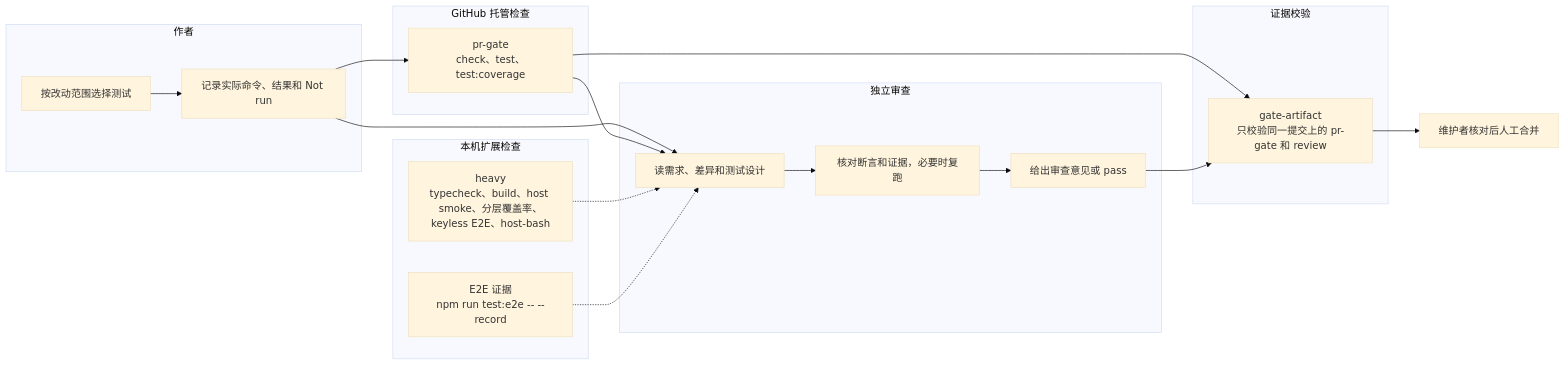
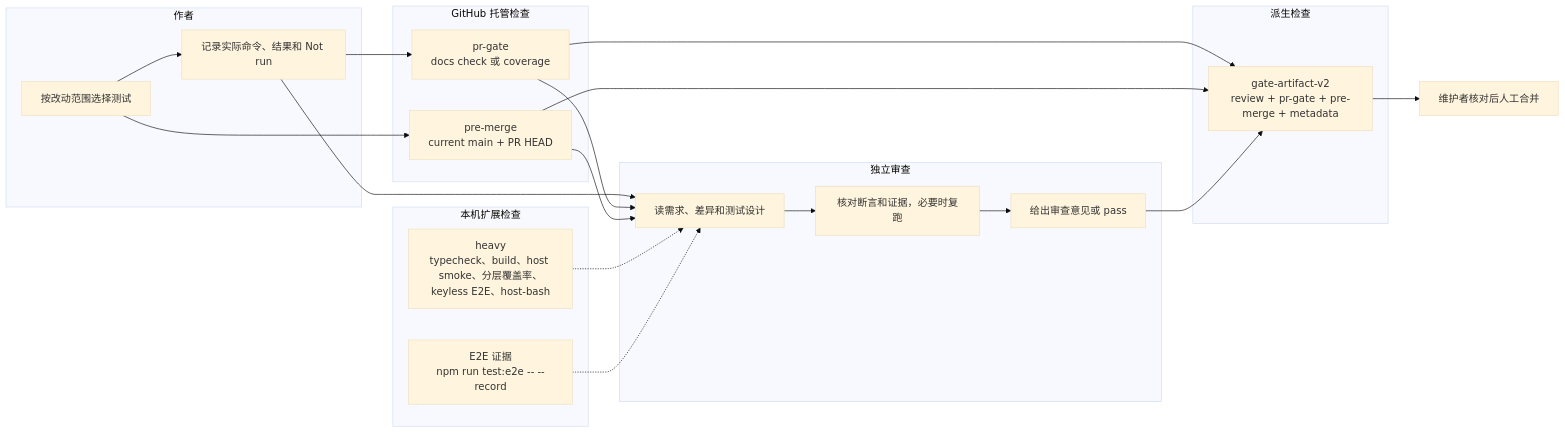
The third of 4 diagrams in docs/github-workflow.md (leigangzhang/dsh-cowork), drawn with Mermaid (base theme) before and after one commit. The commit also changed other lines of this file and 24 other files, not shown here.

First line of the commit message:
ci(policy): add pre-merge and derived gate

````diff
--- a/docs/github-workflow.md
+++ b/docs/github-workflow.md
@@ -130,31 +142,35 @@
 ```mermaid
 flowchart LR
   subgraph AUTH[作者]
     A["按改动范围选择测试"]
     B["记录实际命令、结果和 Not run"]
   end
   subgraph HOST[GitHub 托管检查]
-    C["pr-gate<br/>check、test、test:coverage"]
+    C["pr-gate<br/>docs check 或 coverage"]
+    PM["pre-merge<br/>current main + PR HEAD"]
   end
   subgraph REVIEW[独立审查]
     D["读需求、差异和测试设计"]
     E["核对断言和证据，必要时复跑"]
     F["给出审查意见或 pass"]
   end
   subgraph LOCAL[本机扩展检查]
     G["heavy<br/>typecheck、build、host smoke、分层覆盖率、keyless E2E、host-bash"]
     L["E2E 证据<br/>npm run test:e2e -- --record"]
   end
-  subgraph GATE[证据校验]
-    H["gate-artifact<br/>只校验同一提交上的 pr-gate 和 review"]
+  subgraph GATE[派生检查]
+    H["gate-artifact-v2<br/>review + pr-gate + pre-merge + metadata"]
   end
   A --> B --> C
+  A --> PM
   B --> D
   C --> D
+  PM --> D
   D --> E --> F
   G -.-> D
   L -.-> D
   C --> H
+  PM --> H
   F --> H
   H --> I["维护者核对后人工合并"]
 ```
````
